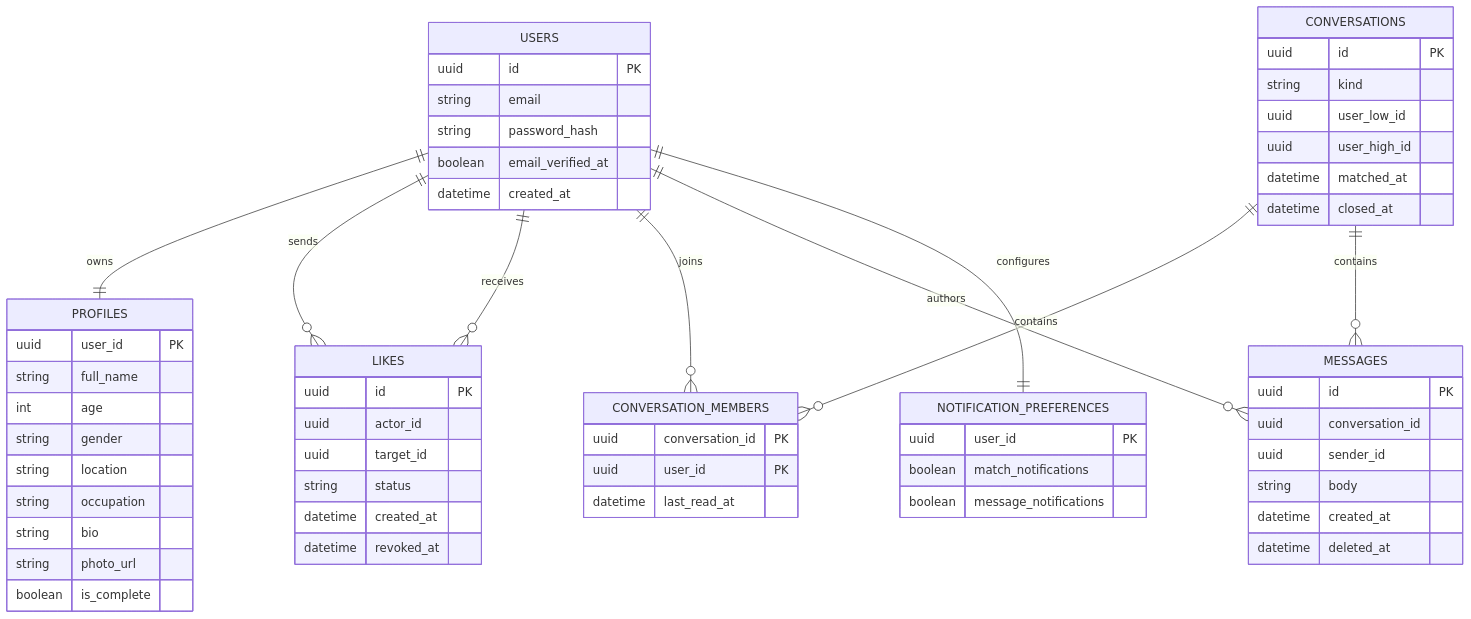
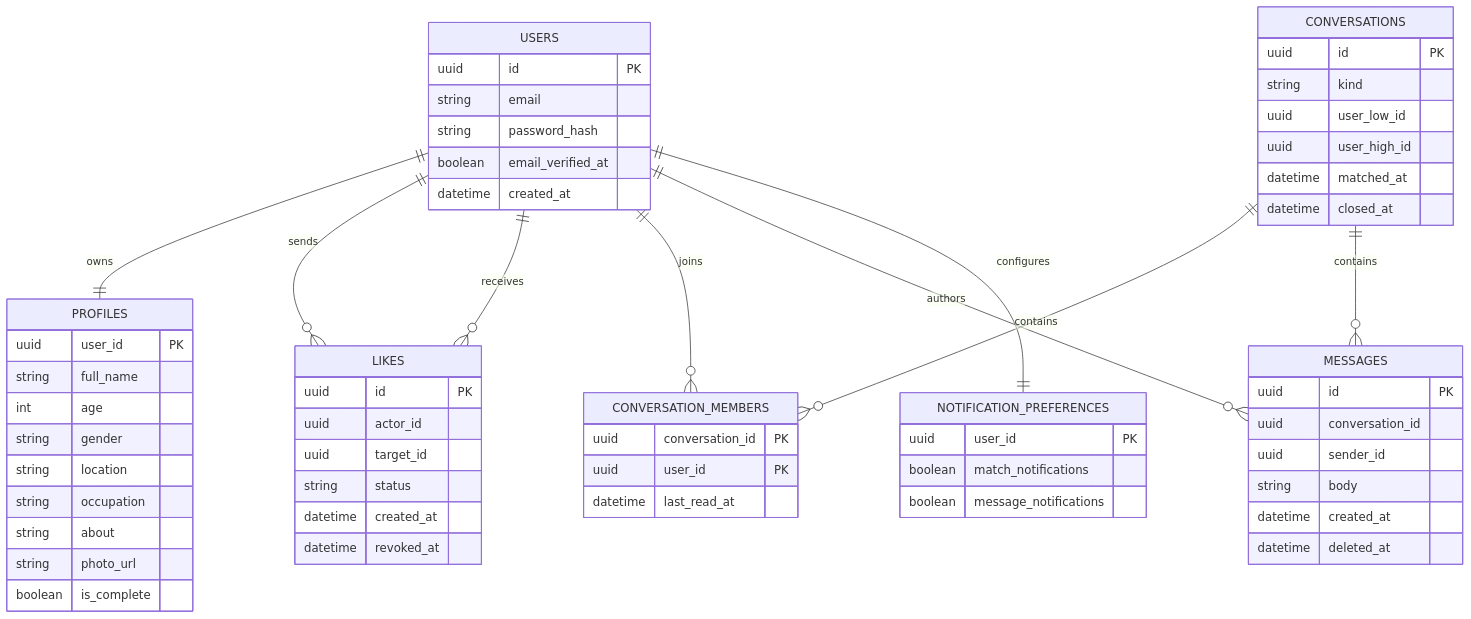
The second of 2 diagrams in docs/architecture/frontend-derived-backend-contract.md (MojolaoluwaGafar/Connectify), drawn with Mermaid before and after one commit. The commit also changed other lines of this file and 22 other files, not shown here.

````diff
--- a/docs/architecture/frontend-derived-backend-contract.md
+++ b/docs/architecture/frontend-derived-backend-contract.md
@@ -187,19 +187,19 @@
 ```mermaid
 erDiagram
     USERS ||--|| PROFILES : owns
     USERS ||--o{ LIKES : sends
     USERS ||--o{ LIKES : receives
     USERS ||--o{ CONVERSATION_MEMBERS : joins
     CONVERSATIONS ||--o{ CONVERSATION_MEMBERS : contains
     CONVERSATIONS ||--o{ MESSAGES : contains
     USERS ||--o{ MESSAGES : authors
     USERS ||--|| NOTIFICATION_PREFERENCES : configures
 
     USERS { uuid id PK string email string password_hash boolean email_verified_at datetime created_at }
-    PROFILES { uuid user_id PK string full_name int age string gender string location string occupation string bio string photo_url boolean is_complete }
+    PROFILES { uuid user_id PK string full_name int age string gender string location string occupation string about string photo_url boolean is_complete }
     LIKES { uuid id PK uuid actor_id uuid target_id string status datetime created_at datetime revoked_at }
     CONVERSATIONS { uuid id PK string kind uuid user_low_id uuid user_high_id datetime matched_at datetime closed_at }
     CONVERSATION_MEMBERS { uuid conversation_id PK uuid user_id PK datetime last_read_at }
     MESSAGES { uuid id PK uuid conversation_id uuid sender_id string body datetime created_at datetime deleted_at }
     NOTIFICATION_PREFERENCES { uuid user_id PK boolean match_notifications boolean message_notifications }
 ```
````
